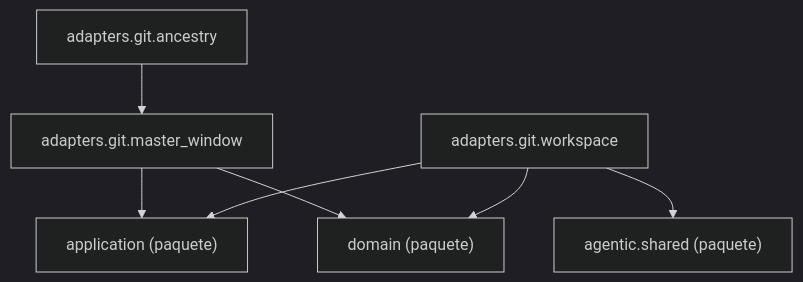
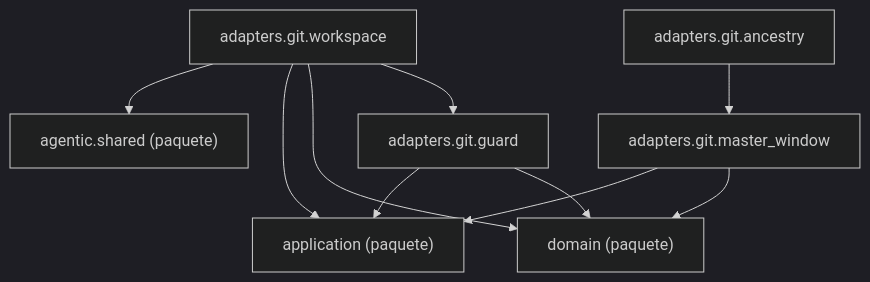
Before and after one commit to GonzaloZevallos/agentic-system: the diagram in docs/architecture/generated/packages-process-adapters-git.md, drawn with Mermaid (dark theme). The commit also changed 8 other files, not shown here.

Commit message:
Deny git from a broken task checkout in the Developer's Bash, register guard.py for mypy, and write the GH-1142 ADR addenda

````diff
--- a/docs/architecture/generated/packages-process-adapters-git.md
+++ b/docs/architecture/generated/packages-process-adapters-git.md
@@ -15,15 +15,19 @@
 ```mermaid
 graph TD
     g_pkg__agentic__shared["agentic.shared (paquete)"]
     g_pkg__application["application (paquete)"]
     g_pkg__domain["domain (paquete)"]
     m_adapters__git__ancestry["adapters.git.ancestry"]
+    m_adapters__git__guard["adapters.git.guard"]
     m_adapters__git__master_window["adapters.git.master_window"]
     m_adapters__git__workspace["adapters.git.workspace"]
     m_adapters__git__ancestry --> m_adapters__git__master_window
+    m_adapters__git__guard --> g_pkg__application
+    m_adapters__git__guard --> g_pkg__domain
     m_adapters__git__master_window --> g_pkg__application
     m_adapters__git__master_window --> g_pkg__domain
     m_adapters__git__workspace --> g_pkg__agentic__shared
     m_adapters__git__workspace --> g_pkg__application
     m_adapters__git__workspace --> g_pkg__domain
+    m_adapters__git__workspace --> m_adapters__git__guard
 ```
````
